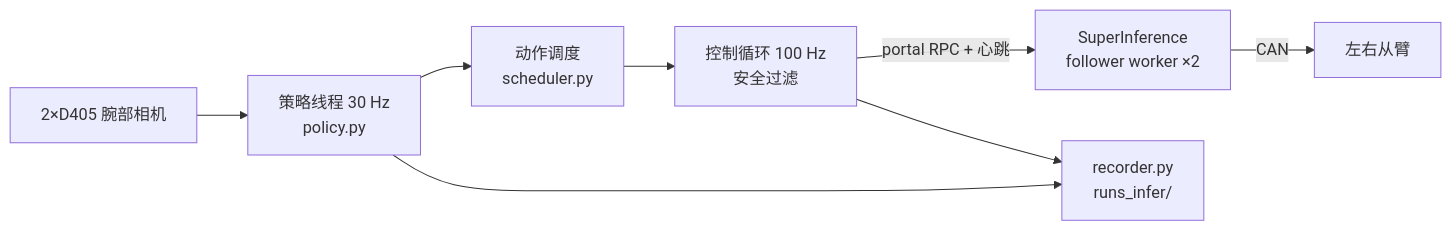
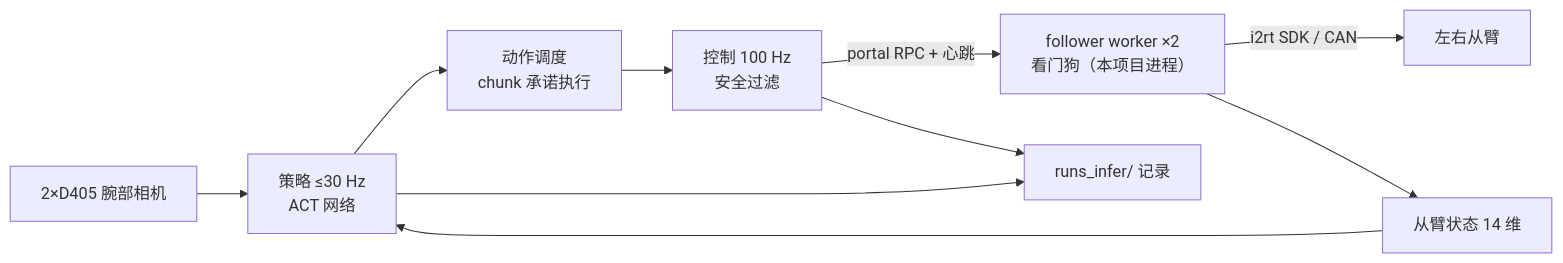
Before and after one commit to FuFutheBest/yam_infer: the diagram in README.md, drawn with Mermaid. The commit also changed other lines of this file and 133 other files, not shown here.

````diff
--- a/README.md
+++ b/README.md
@@ -5,9 +7,11 @@
 ```mermaid
 flowchart LR
-    CAM["2×D405 腕部相机"] --> POL["策略线程 30 Hz<br/>policy.py"]
-    POL --> SCH["动作调度<br/>scheduler.py"]
-    SCH --> CTRL["控制循环 100 Hz<br/>安全过滤"]
-    CTRL -->|"portal RPC + 心跳"| W["SuperInference<br/>follower worker ×2"]
-    W -->|CAN| ARM["左右从臂"]
-    POL & CTRL --> REC["recorder.py<br/>runs_infer/"]
+    CAM["2×D405 腕部相机"] --> POL["策略 ≤30 Hz<br/>ACT 网络"]
+    Q["从臂状态 14 维"] --> POL
+    POL --> SCH["动作调度<br/>chunk 承诺执行"]
+    SCH --> CTRL["控制 100 Hz<br/>安全过滤"]
+    CTRL -->|"portal RPC + 心跳"| W["follower worker ×2<br/>看门狗（本项目进程）"]
+    W -->|"i2rt SDK / CAN"| ARM["左右从臂"]
+    W --> Q
+    POL & CTRL --> REC["runs_infer/ 记录"]
 ```
````
